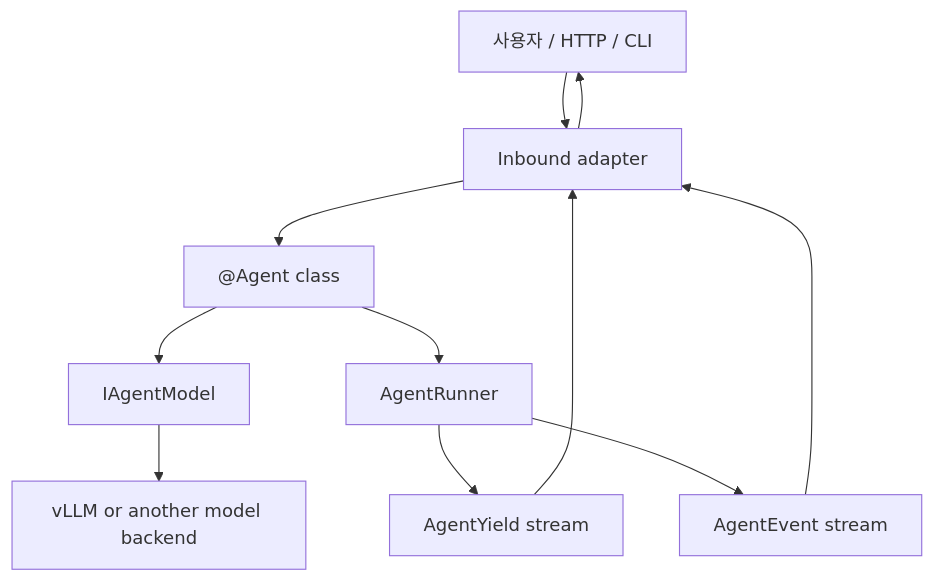
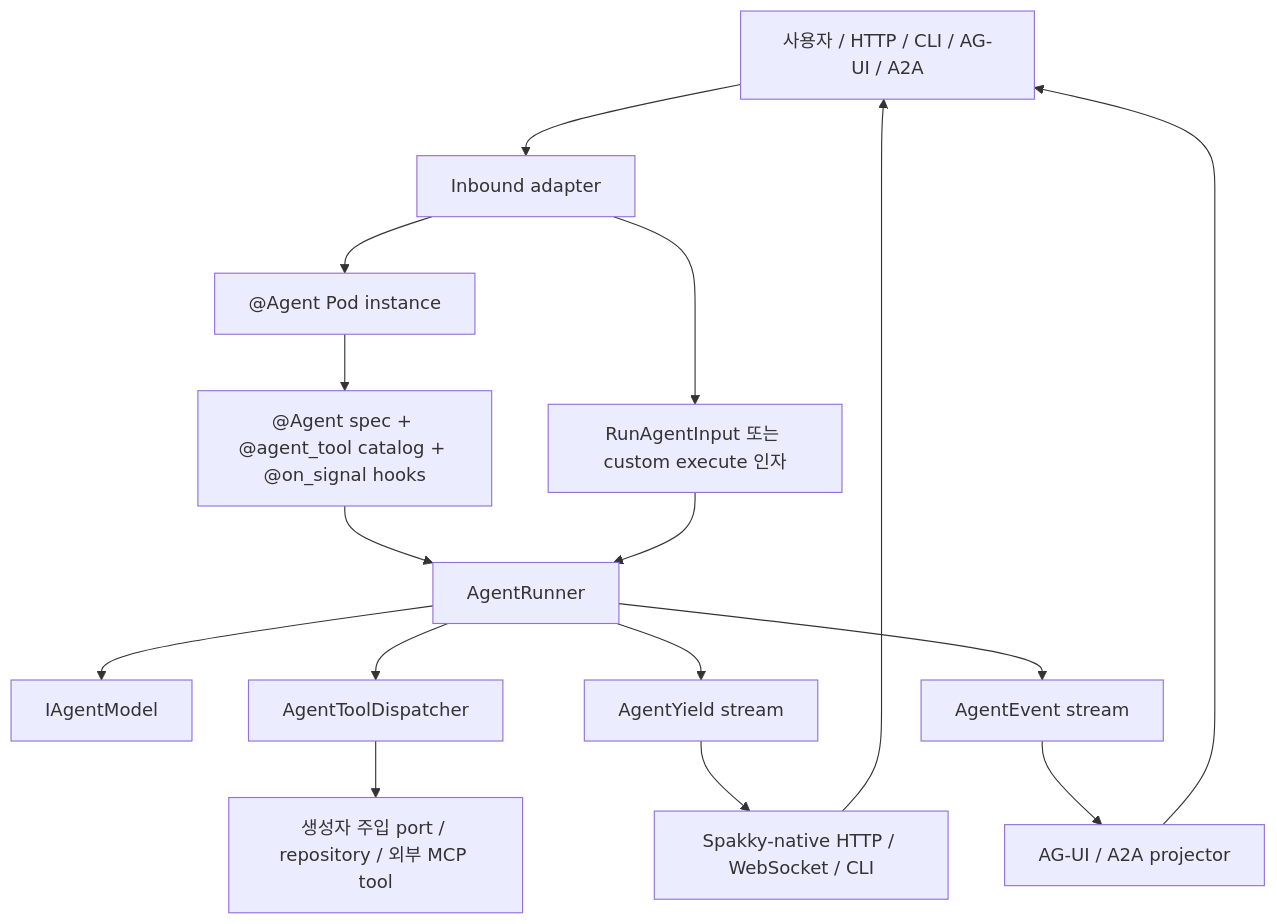
One commit to E5presso/spakky-framework changed the first of 2 diagrams in docs/guides/agents.md. Above: the diagram before and after it, drawn with Mermaid. The commit also changed other lines of this file and 50 other files, not shown here.

Commit message:
feat(agent): support runtime model and MCP tool selection

````diff
--- a/docs/guides/agents.md
+++ b/docs/guides/agents.md
@@ -59,13 +63,18 @@
 ```mermaid
 flowchart TD
-  Client[사용자 / HTTP / CLI] --> Adapter[Inbound adapter]
-  Adapter --> Agent["@Agent class"]
-  Agent --> Model[IAgentModel]
-  Model --> Backend[vLLM or another model backend]
-  Agent --> Runner[AgentRunner]
+  Client[사용자 / HTTP / CLI / AG-UI / A2A] --> Adapter[Inbound adapter]
+  Adapter --> Input[RunAgentInput 또는 custom execute 인자]
+  Adapter --> AgentInstance["@Agent Pod instance"]
+  AgentInstance --> Metadata["@Agent spec + @agent_tool catalog + @on_signal hooks"]
+  Metadata --> Runner[AgentRunner]
+  Input --> Runner
+  Runner --> Model[IAgentModel]
+  Runner --> Tools[AgentToolDispatcher]
+  Tools --> Ports[생성자 주입 port / repository / 외부 MCP tool]
   Runner --> Yield[AgentYield stream]
   Runner --> Event[AgentEvent stream]
-  Yield --> Adapter
-  Event --> Adapter
-  Adapter --> Client
+  Yield --> Native[Spakky-native HTTP / WebSocket / CLI]
+  Event --> Protocol[AG-UI / A2A projector]
+  Native --> Client
+  Protocol --> Client
 ```
````
